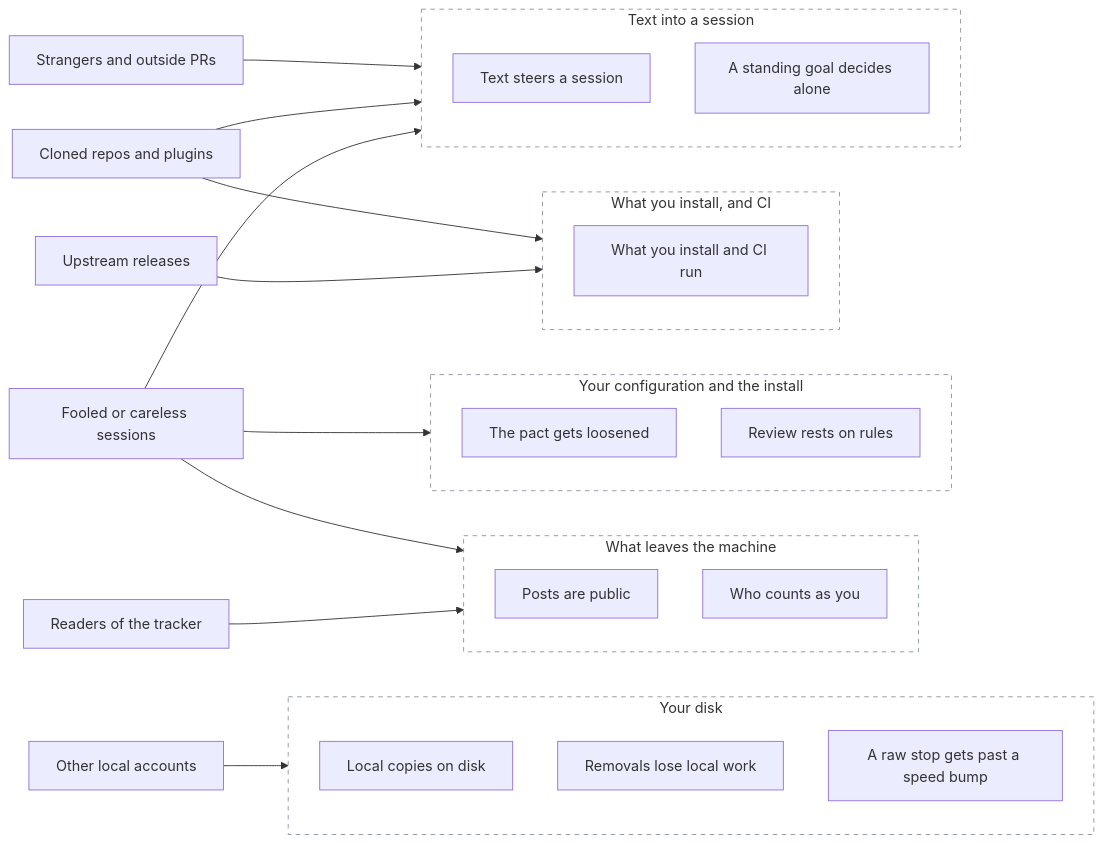
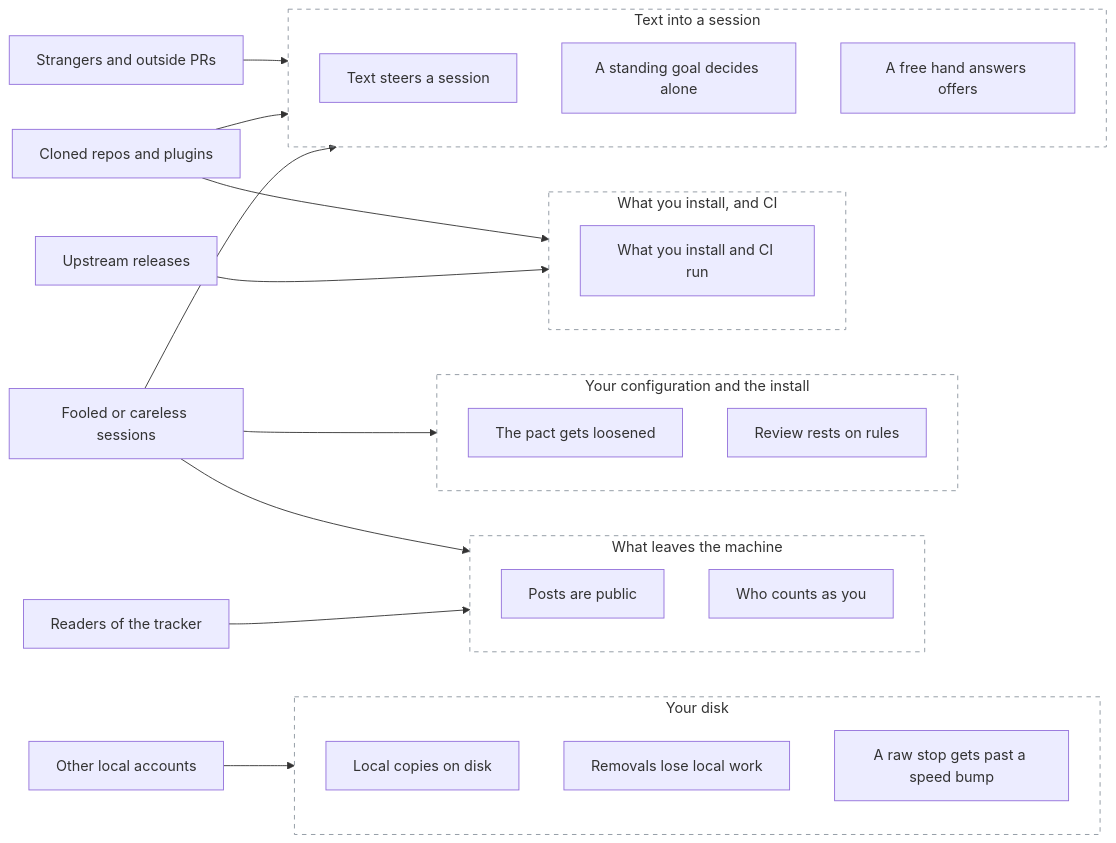
The second of 2 diagrams in docs/threat-model.md (mephistopheles4/the-pact), drawn with Mermaid before and after one commit. The commit also changed other lines of this file and 14 other files, not shown here.

First line of the commit message:
#525: a free hand answers offers and design questions with the session's own pick

````diff
--- a/docs/threat-model.md
+++ b/docs/threat-model.md
@@ -75,46 +77,47 @@
 ```mermaid
 flowchart LR
   tracker["Strangers and outside PRs"]
   repo["Cloned repos and plugins"]
   upstream["Upstream releases"]
   session["Fooled or careless sessions"]
   readers["Readers of the tracker"]
   locals["Other local accounts"]
 
   subgraph B1["Text into a session"]
     T1["Text steers a session"]
     T2["A standing goal decides alone"]
+    T11["A free hand answers offers"]
   end
   subgraph B2["What you install, and CI"]
     T3["What you install and CI run"]
   end
   subgraph B3["Your configuration and the install"]
     T4["The pact gets loosened"]
     T5["Review rests on rules"]
   end
   subgraph B4["What leaves the machine"]
     T6["Posts are public"]
     T7["Who counts as you"]
   end
   subgraph B5["Your disk"]
     T8["Local copies on disk"]
     T9["Removals lose local work"]
     T10["A raw stop gets past a speed bump"]
   end
 
   tracker --> B1
   repo --> B1
   repo --> B2
   upstream --> B2
   session --> B1
   session --> B3
   session --> B4
   readers --> B4
   locals --> B5
 
   style B1 fill:transparent,stroke:#8c959f,stroke-dasharray: 5 5
   style B2 fill:transparent,stroke:#8c959f,stroke-dasharray: 5 5
   style B3 fill:transparent,stroke:#8c959f,stroke-dasharray: 5 5
   style B4 fill:transparent,stroke:#8c959f,stroke-dasharray: 5 5
   style B5 fill:transparent,stroke:#8c959f,stroke-dasharray: 5 5
 ```
````
